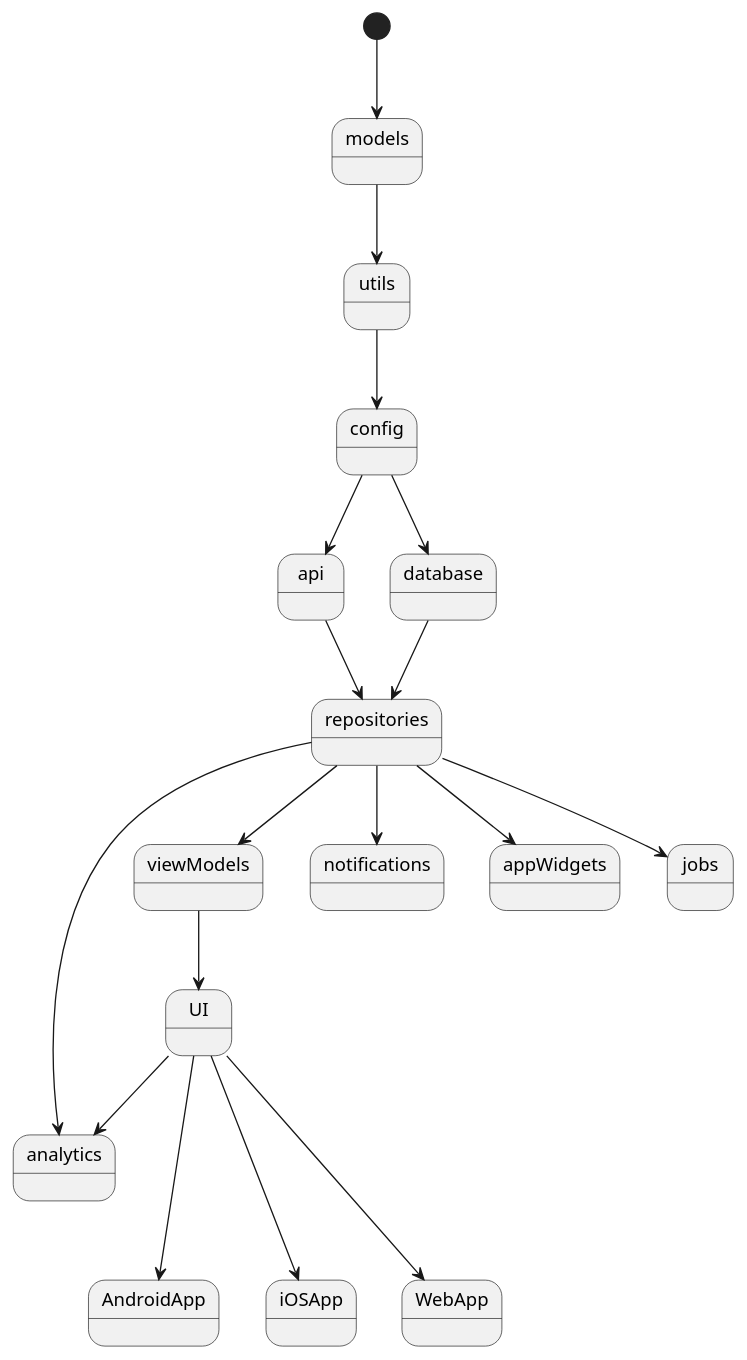
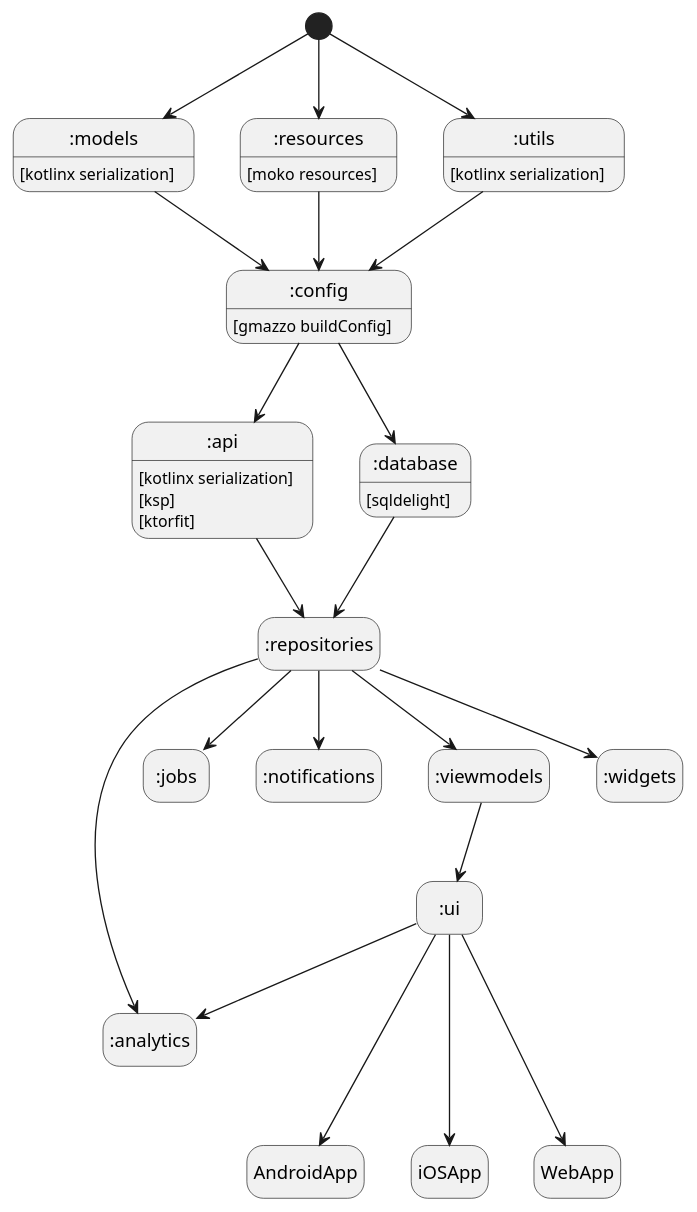
The diagram in modules/moduleDependencies.puml (cjbrooks12/scripture-apps), drawn with PlantUML before and after one commit. The commit also changed 137 other files, not shown here.

```diff
--- a/modules/moduleDependencies.puml
+++ b/modules/moduleDependencies.puml
@@ -1,27 +1,53 @@
 @startuml
+hide empty description
+
+state ":analytics" as analytics
+state ":api" as api
+state ":config" as config
+state ":database" as database
+state ":jobs" as jobs
+state ":models" as models
+state ":notifications" as notifications
+state ":repositories" as repositories
+state ":resources" as resources
+state ":ui" as ui
+state ":utils" as utils
+state ":viewmodels" as viewmodels
+state ":widgets" as widgets
+
 [*] --> models
+[*] --> resources
+[*] --> utils
 
-models --> utils
+models : [kotlinx serialization]
+models --> config
+resources : [moko resources]
+resources --> config
+utils : [kotlinx serialization]
 utils --> config
 
-
+config : [gmazzo buildConfig]
 config --> api
 config --> database
 
+api : [kotlinx serialization]
+api : [ksp]
+api : [ktorfit]
 api --> repositories
+database : [sqldelight]
 database --> repositories
 
-repositories --> viewModels
+repositories --> viewmodels
 repositories --> analytics
 repositories --> notifications
-repositories --> appWidgets
+repositories --> widgets
 repositories --> jobs
 
-viewModels --> UI
-UI --> analytics
+viewmodels --> ui
+ui --> analytics
 
-UI ---> AndroidApp
-UI ---> iOSApp
-UI ---> WebApp
+ui ---> AndroidApp
+ui ---> iOSApp
+ui ---> WebApp
 
 @enduml
```
